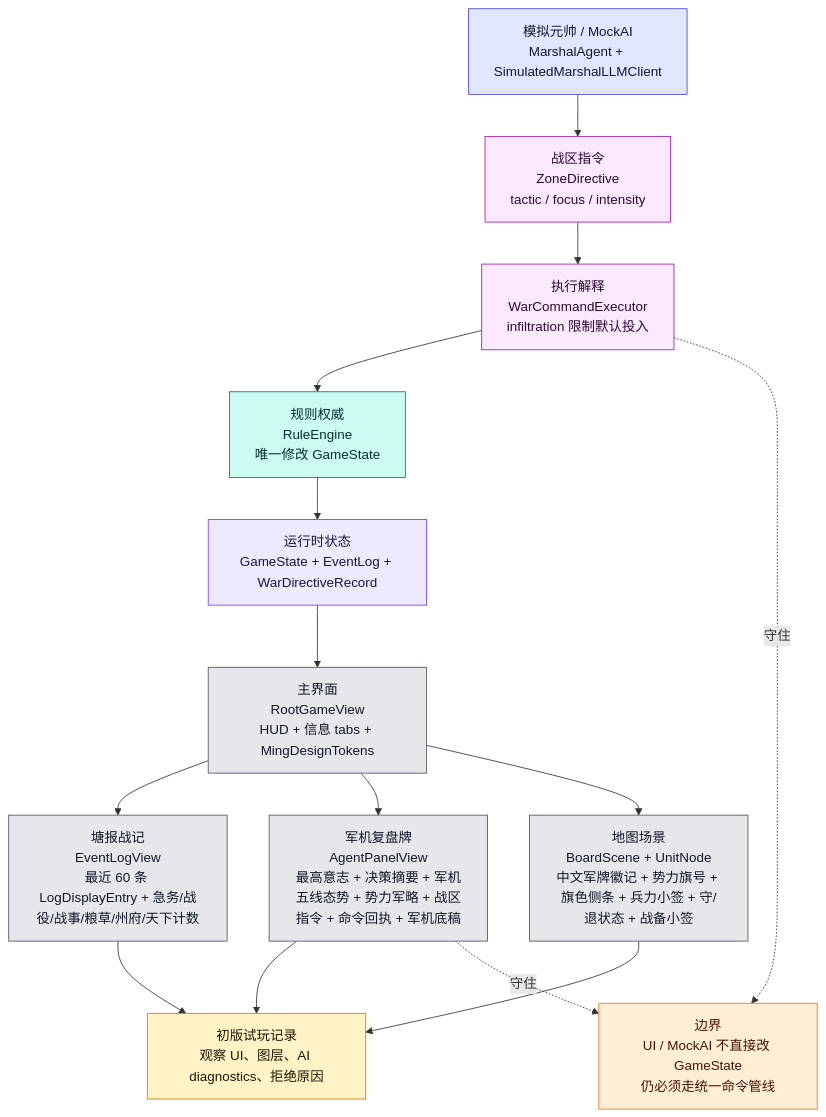
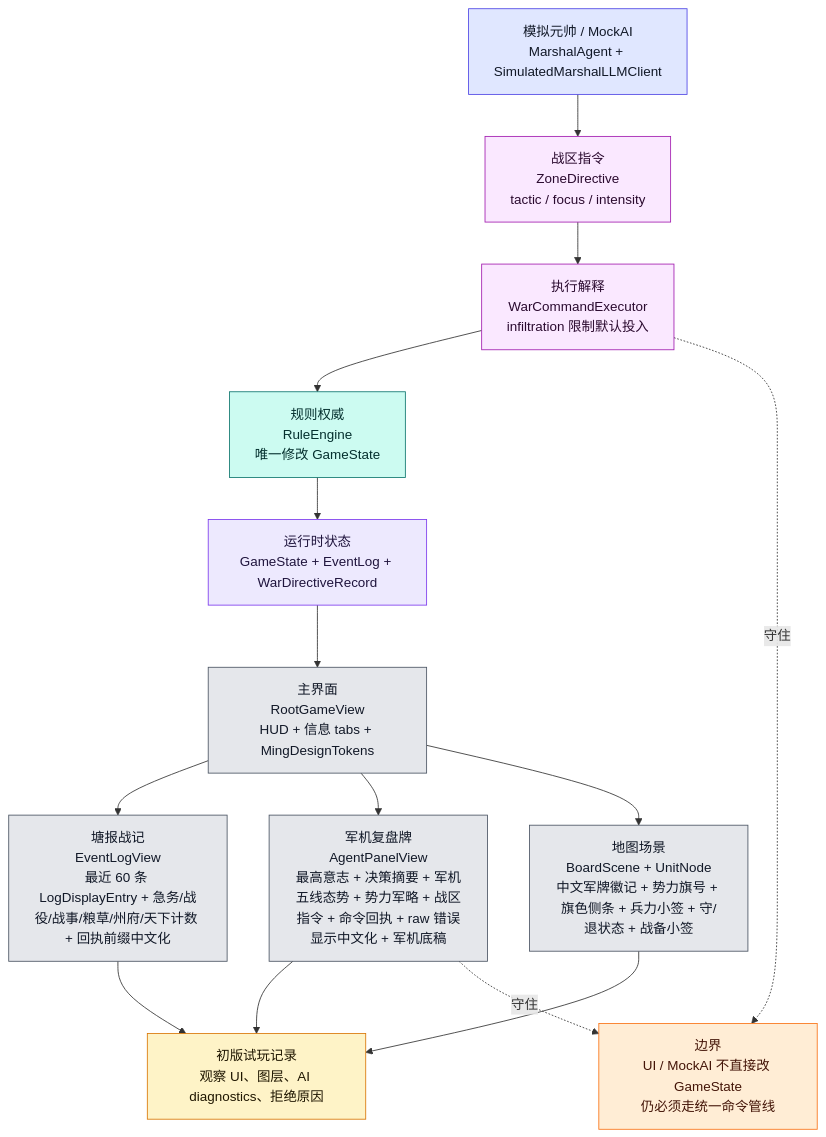
Before and after one commit to Altman-sam114/123: the eighth of 9 diagrams in md/flow/flowchart.md, drawn with Mermaid. The commit also changed other lines of this file and 7 other files, not shown here.

````diff
--- a/md/flow/flowchart.md
+++ b/md/flow/flowchart.md
@@ -482,34 +482,34 @@
 ```mermaid
 flowchart TD
     STATE["运行时状态<br/>GameState + EventLog + WarDirectiveRecord"]:::state
     ROOT["主界面<br/>RootGameView<br/>HUD + 信息 tabs + MingDesignTokens"]:::ui
-    LOG["塘报战记<br/>EventLogView<br/>最近 60 条 LogDisplayEntry + 急务/战役/战事/粮草/州府/天下计数"]:::ui
-    AIUI["军机复盘牌<br/>AgentPanelView<br/>最高意志 + 决策摘要 + 军机五线态势 + 势力军略 + 战区指令 + 命令回执 + 军机底稿"]:::ui
+    LOG["塘报战记<br/>EventLogView<br/>最近 60 条 LogDisplayEntry + 急务/战役/战事/粮草/州府/天下计数 + 回执前缀中文化"]:::ui
+    AIUI["军机复盘牌<br/>AgentPanelView<br/>最高意志 + 决策摘要 + 军机五线态势 + 势力军略 + 战区指令 + 命令回执 + raw 错误显示中文化 + 军机底稿"]:::ui
     BOARD["地图场景<br/>BoardScene + UnitNode<br/>中文军牌徽记 + 势力旗号 + 旗色侧条 + 兵力小签 + 守/退状态 + 战备小签"]:::ui
     MARSHAL["模拟元帅 / MockAI<br/>MarshalAgent + SimulatedMarshalLLMClient"]:::ai
     ZD["战区指令<br/>ZoneDirective<br/>tactic / focus / intensity"]:::command
     WCE["执行解释<br/>WarCommandExecutor<br/>infiltration 限制默认投入"]:::command
     RULE["规则权威<br/>RuleEngine<br/>唯一修改 GameState"]:::rules
     PLAYTEST["初版试玩记录<br/>观察 UI、图层、AI diagnostics、拒绝原因"]:::doc
 
     STATE --> ROOT
     ROOT --> LOG
     ROOT --> AIUI
     ROOT --> BOARD
     MARSHAL --> ZD --> WCE --> RULE --> STATE
     AIUI --> PLAYTEST
     LOG --> PLAYTEST
     BOARD --> PLAYTEST
 
     WARN["边界<br/>UI / MockAI 不直接改 GameState<br/>仍必须走统一命令管线"]:::warn
     AIUI -.守住.-> WARN
     WCE -.守住.-> WARN
 
     classDef state fill:#ede9fe,stroke:#7c3aed,color:#1f143d
     classDef ui fill:#e5e7eb,stroke:#4b5563,color:#111827
     classDef ai fill:#e0e7ff,stroke:#4f46e5,color:#111827
     classDef command fill:#fae8ff,stroke:#a21caf,color:#2a0a2f
     classDef rules fill:#ccfbf1,stroke:#0f766e,color:#042f2e
     classDef doc fill:#fef3c7,stroke:#d97706,color:#1f1600
     classDef warn fill:#ffedd5,stroke:#f97316,color:#431407
 ```
````
